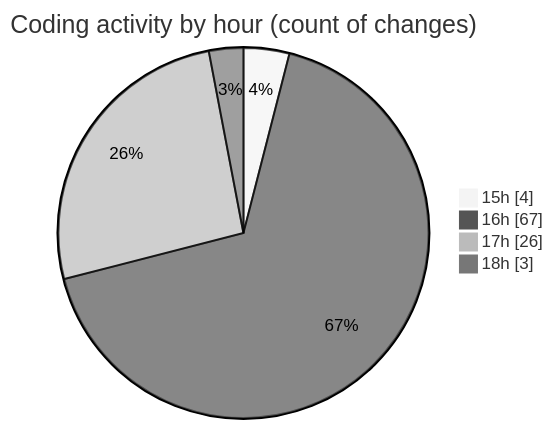
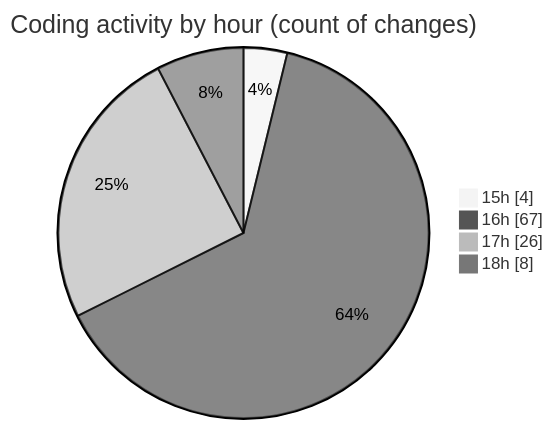
The second of 2 diagrams in 2025-05-26/zip_file/README.md (Ritupan-Deka/code-tracking), drawn with Mermaid (neutral theme) before and after one commit. The commit also changed other lines of this file and 1 other file, not shown here.

````diff
--- a/2025-05-26/zip_file/README.md
+++ b/2025-05-26/zip_file/README.md
@@ -40,8 +40,8 @@
 ```mermaid
 pie showData
 title Coding activity by hour (count of changes)
 "15h" : 4
 "16h" : 67
 "17h" : 26
-"18h" : 3
+"18h" : 8
 ```
````
